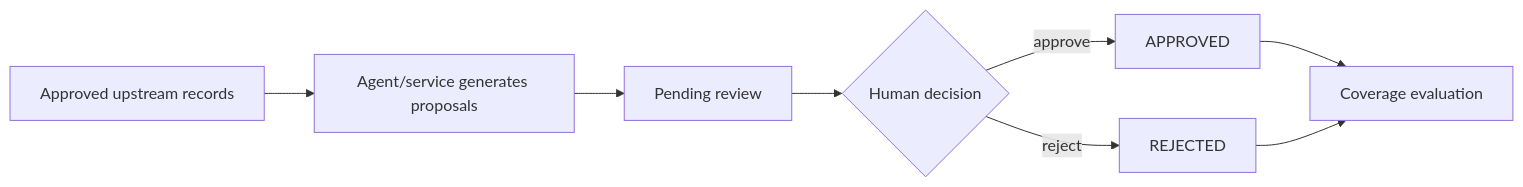
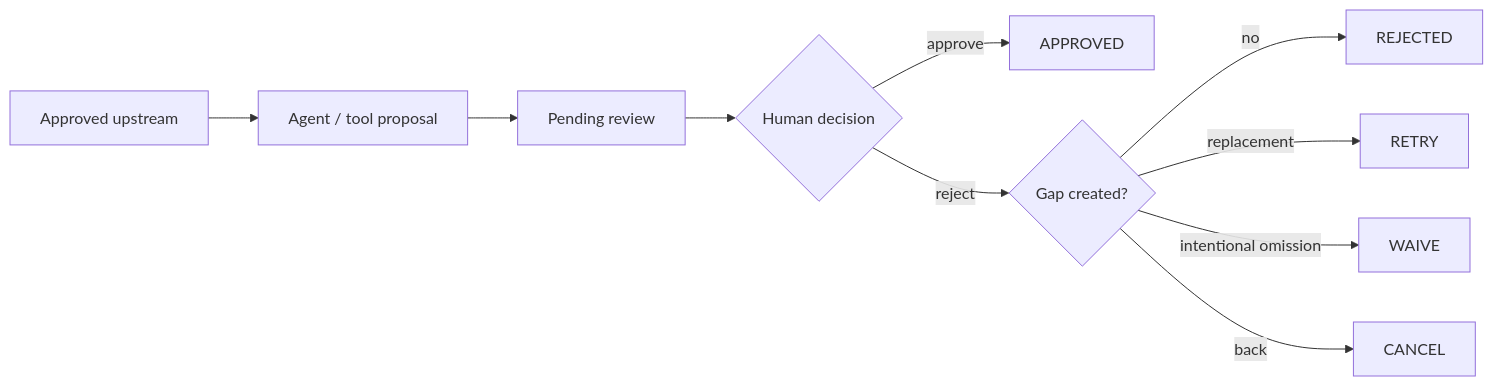
One commit to amin076/tital changed the second of 2 diagrams in docs/architecture/workflow-architecture.md. Above: the diagram before and after it, drawn with Mermaid. The commit also changed other lines of this file, not shown here.

Commit message:
docs: refresh workflow architecture and coverage semantics

````diff
--- a/docs/architecture/workflow-architecture.md
+++ b/docs/architecture/workflow-architecture.md
@@ -97,14 +75,21 @@
 ```mermaid
 graph LR
-    A[Approved upstream records]
-    M[Agent/service generates proposals]
+    A[Approved upstream]
+    M[Agent / tool proposal]
     R[Pending review]
     H{Human decision}
     OK[APPROVED]
     NO[REJECTED]
-    N[Coverage evaluation]
+    G{Gap created?}
+    RT[RETRY]
+    W[WAIVE]
+    C[CANCEL]
 
     A --> M --> R --> H
-    H -->|approve| OK --> N
-    H -->|reject| NO --> N
+    H -->|approve| OK
+    H -->|reject| G
+    G -->|no| NO
+    G -->|replacement| RT
+    G -->|intentional omission| W
+    G -->|back| C
 ```
````
